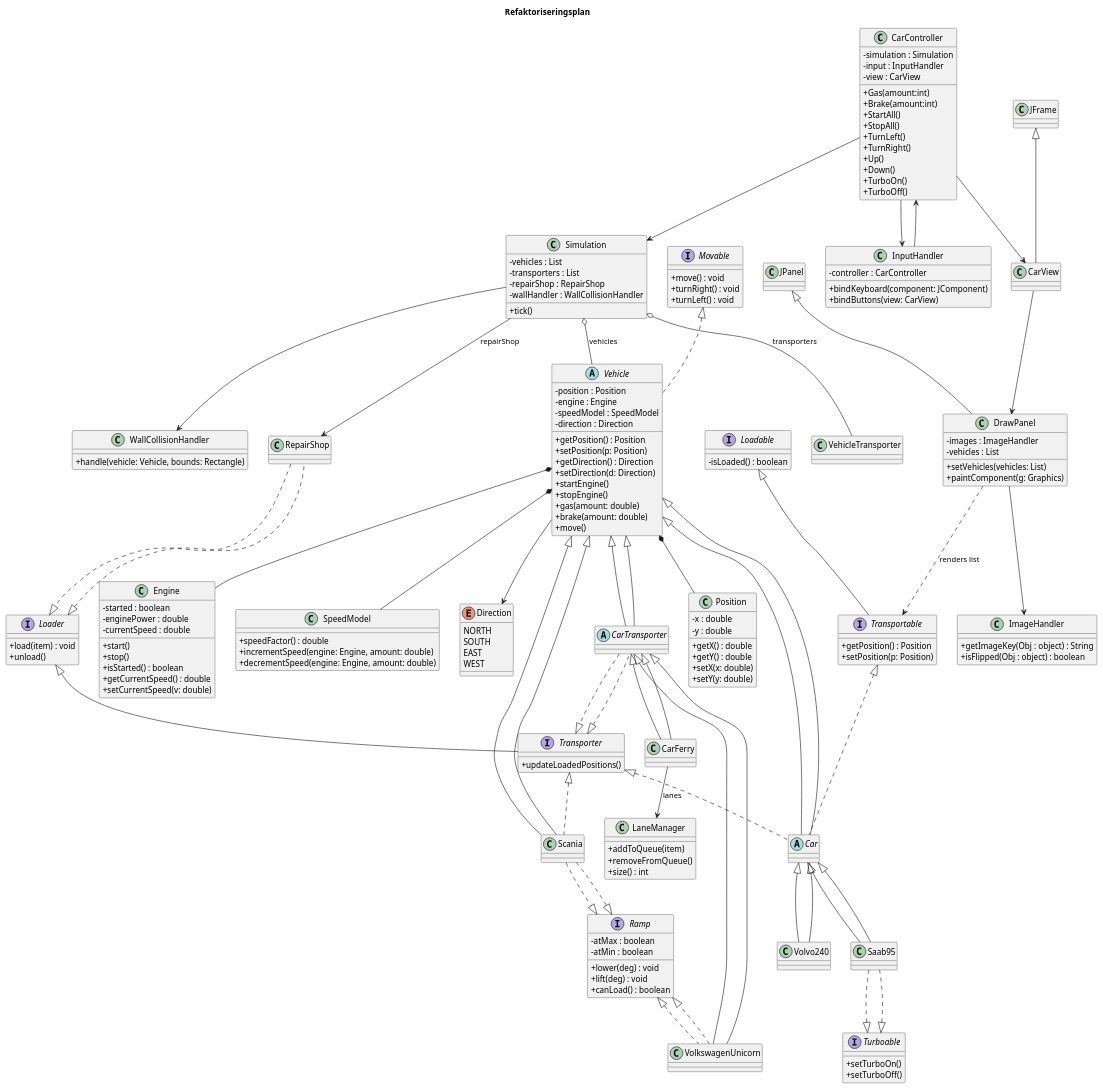
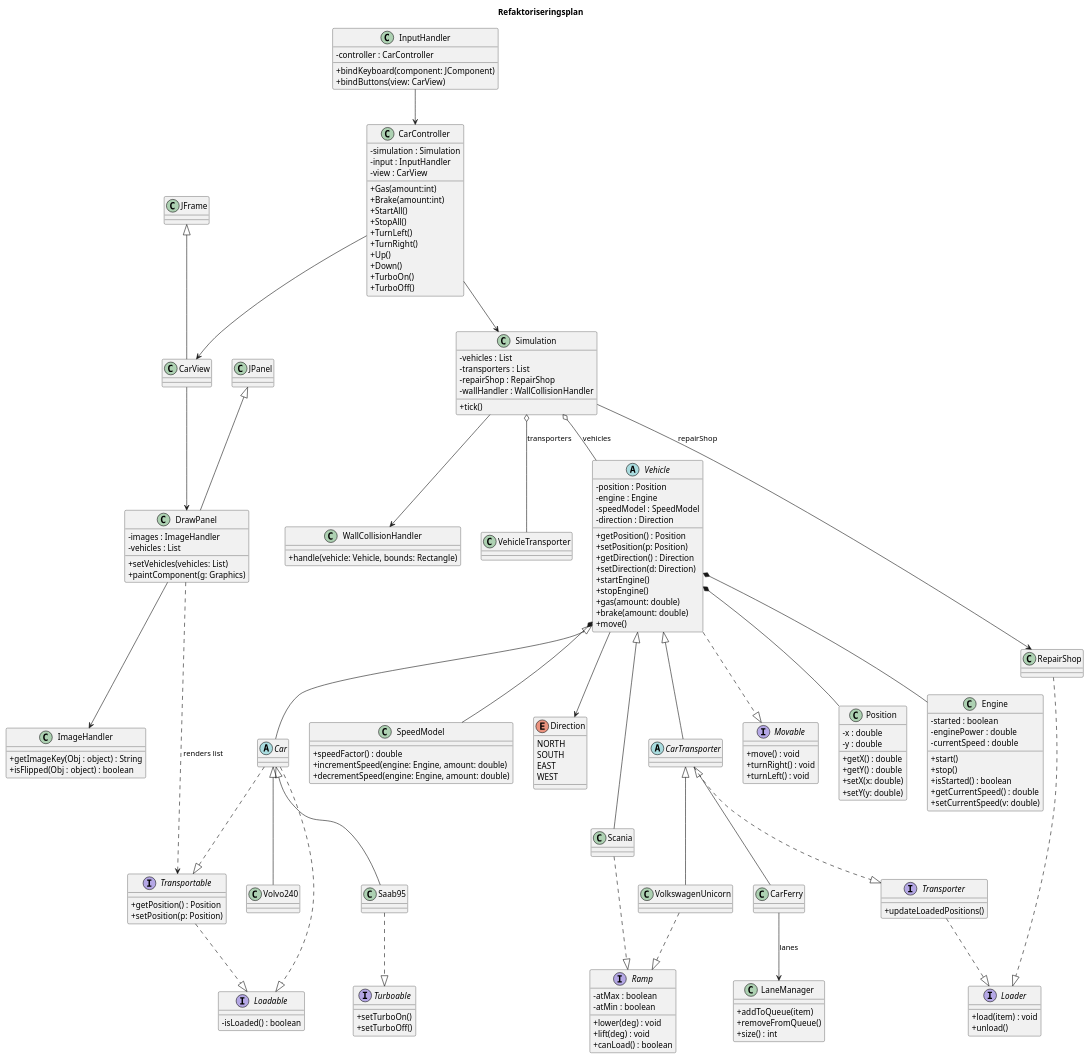
One commit to wat3rbottl/lab1 changed the diagram in src/Refactor.puml. Above: the diagram before and after it, drawn with PlantUML. The commit also changed 1 other file, not shown here.

```diff
--- a/src/Refactor.puml
+++ b/src/Refactor.puml
@@ -20,12 +20,12 @@
   + unload()
 }
 
-interface Transportable extends Loadable {
+interface Transportable  {
   + getPosition() : Position
   + setPosition(p: Position)
 }
 
-interface Transporter extends Loader {
+interface Transporter  {
   + updateLoadedPositions()
 }
 
@@ -81,7 +81,7 @@
 ' =========================
 ' Domain model
 ' =========================
-abstract class Vehicle implements Movable{
+abstract class Vehicle {
   - position : Position
   - engine : Engine
   - speedModel : SpeedModel
@@ -97,18 +97,18 @@
   + move()
 }
 
-abstract class Car extends Vehicle implements Transportable, Transporter
+abstract class Car
 
-class Volvo240 extends Car
-class Saab95 extends Car implements Turboable
+class Volvo240
+class Saab95
 
 ' Transporters
-abstract class CarTransporter extends Vehicle implements Transporter
-class Scania extends Vehicle implements Ramp, Transporter
-class CarFerry extends CarTransporter
-class VolkswagenUnicorn extends CarTransporter implements Ramp
+abstract class CarTransporter
+class Scania
+class CarFerry
+class VolkswagenUnicorn
 
-class RepairShop implements Loader
+class RepairShop
 
 class LaneManager {
   + addToQueue(item)
@@ -189,12 +189,19 @@
 CarTransporter <|-- CarFerry
 Vehicle <|-- Scania
 
+
 ' Realizations
 CarTransporter ..|> Transporter
 RepairShop ..|> Loader
 Saab95 ..|> Turboable
 Scania ..|> Ramp
 VolkswagenUnicorn ..|> Ramp
+Car ..|> Loadable
+Car ..|> Transportable
+Vehicle ..|> Movable
+Transporter ..|> Loader
+Transportable ..|> Loadable
+
 
 ' Ferry uses LaneManager
 CarFerry --> LaneManager : lanes
@@ -211,7 +218,6 @@
 
 CarController --> Simulation
 CarController --> CarView
-CarController --> InputHandler
 
 InputHandler --> CarController
 
```
